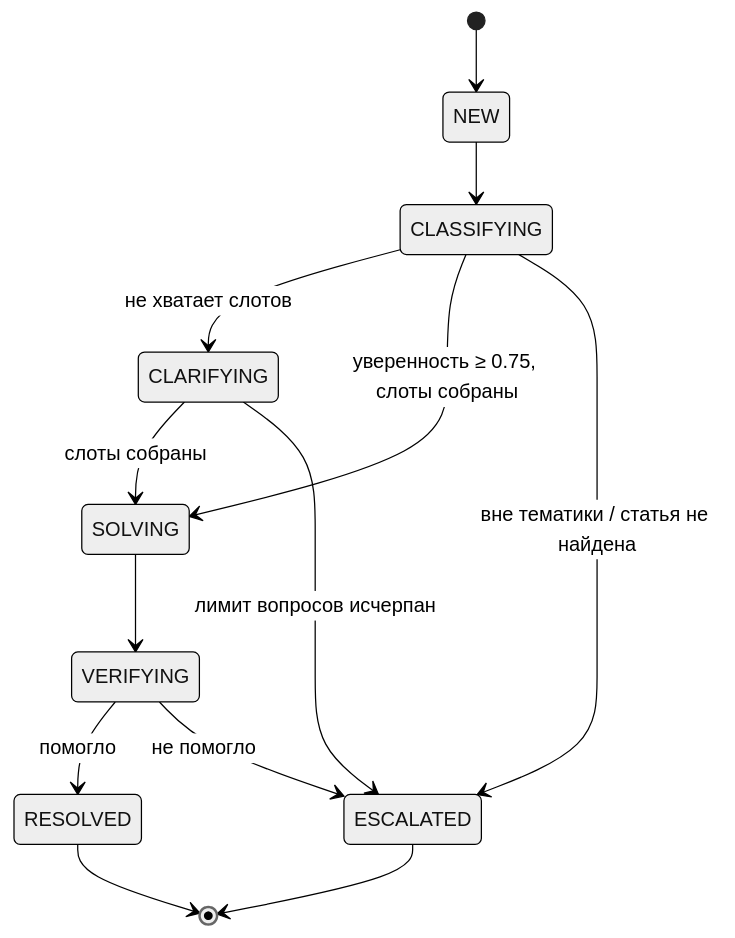
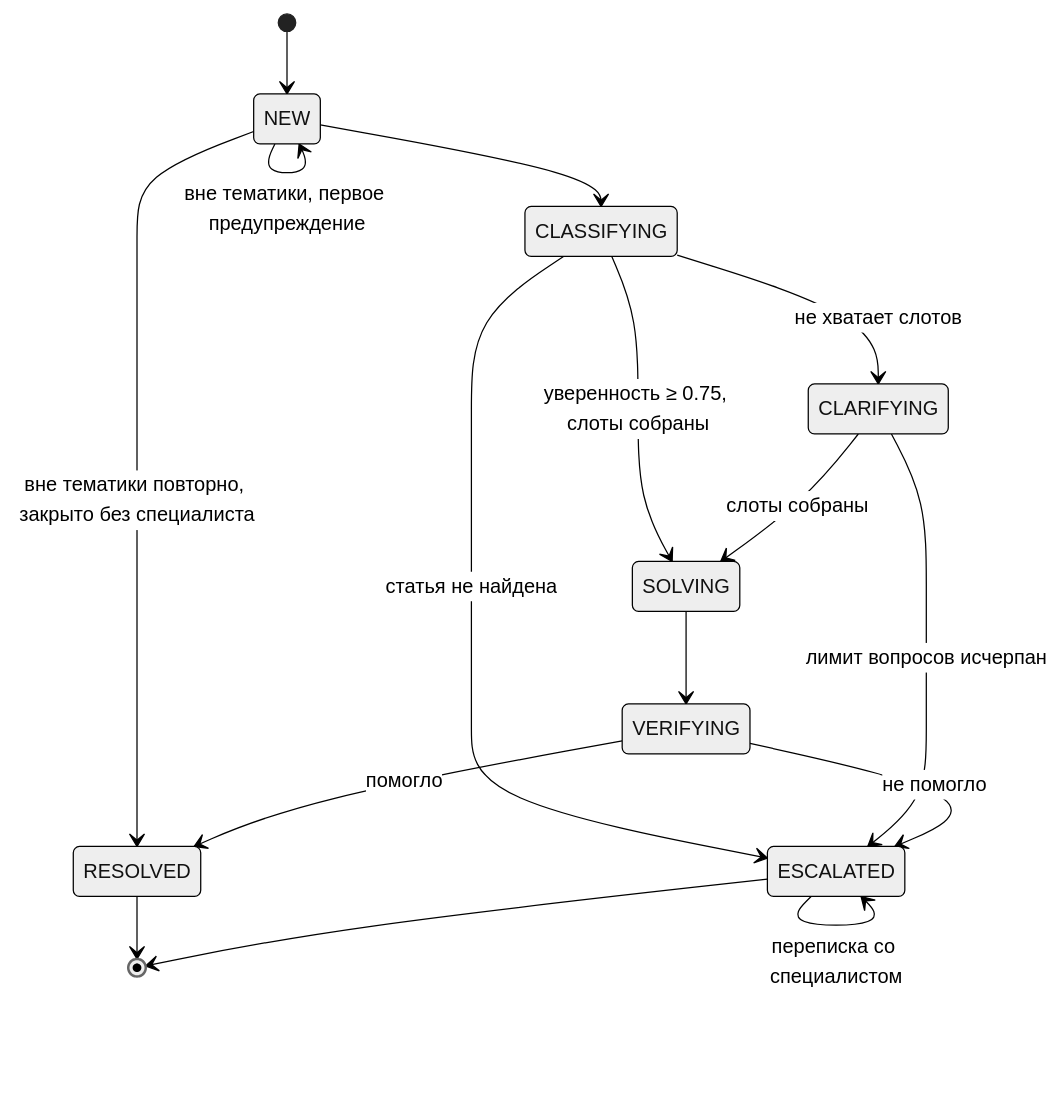
Before and after one commit to KYBOEB/helpme: the second of 2 diagrams in README.md, drawn with Mermaid (neutral theme). The commit also changed other lines of this file and 20 other files, not shown here.

````diff
--- a/README.md
+++ b/README.md
@@ -105,15 +125,18 @@
 ```mermaid
 stateDiagram-v2
     [*] --> NEW
     NEW --> CLASSIFYING
+    NEW --> NEW: вне тематики, первое предупреждение
+    NEW --> RESOLVED: вне тематики повторно, закрыто без специалиста
     CLASSIFYING --> CLARIFYING: не хватает слотов
     CLASSIFYING --> SOLVING: уверенность ≥ 0.75, слоты собраны
-    CLASSIFYING --> ESCALATED: вне тематики / статья не найдена
+    CLASSIFYING --> ESCALATED: статья не найдена
     CLARIFYING --> SOLVING: слоты собраны
     CLARIFYING --> ESCALATED: лимит вопросов исчерпан
     SOLVING --> VERIFYING
     VERIFYING --> RESOLVED: помогло
     VERIFYING --> ESCALATED: не помогло
+    ESCALATED --> ESCALATED: переписка со специалистом
     RESOLVED --> [*]
     ESCALATED --> [*]
 ```
````
